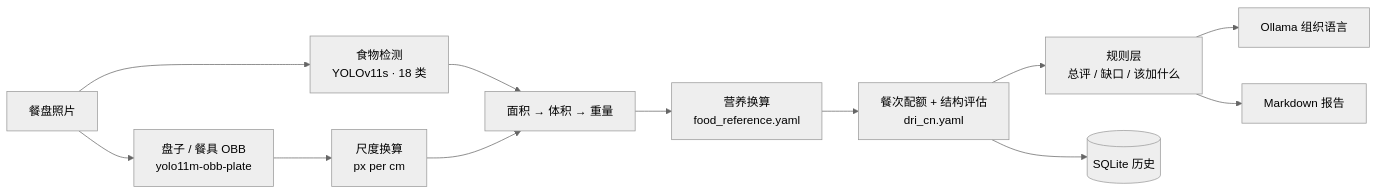
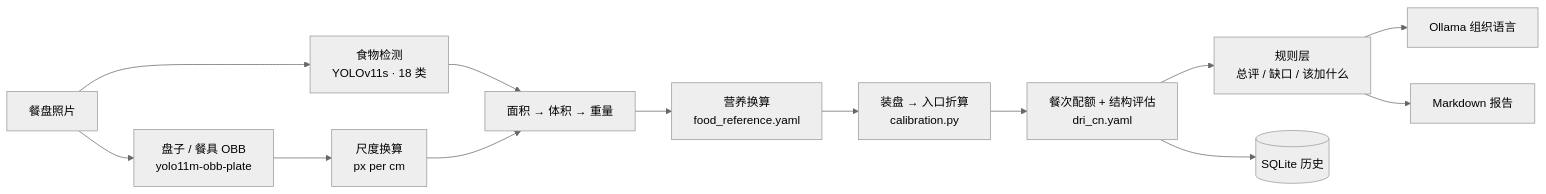
Before and after one commit to FutureDC4/Diet-food-recognition: the diagram in README.md, drawn with Mermaid (neutral theme). The commit also changed other lines of this file and 14 other files, not shown here.

````diff
--- a/README.md
+++ b/README.md
@@ -159,14 +201,15 @@
 ```mermaid
 flowchart LR
     A[餐盘照片] --> B[盘子 / 餐具 OBB<br/>yolo11m-obb-plate]
     A --> C[食物检测<br/>YOLOv11s · 18 类]
     B --> D[尺度换算<br/>px per cm]
     C --> E[面积 → 体积 → 重量]
     D --> E
     E --> F[营养换算<br/>food_reference.yaml]
-    F --> G[餐次配额 + 结构评估<br/>dri_cn.yaml]
+    F --> F2[装盘 → 入口折算<br/>calibration.py]
+    F2 --> G[餐次配额 + 结构评估<br/>dri_cn.yaml]
     G --> H[规则层<br/>总评 / 缺口 / 该加什么]
     H --> I[Ollama 组织语言]
     G --> J[(SQLite 历史)]
     H --> K[Markdown 报告]
 ```
````
